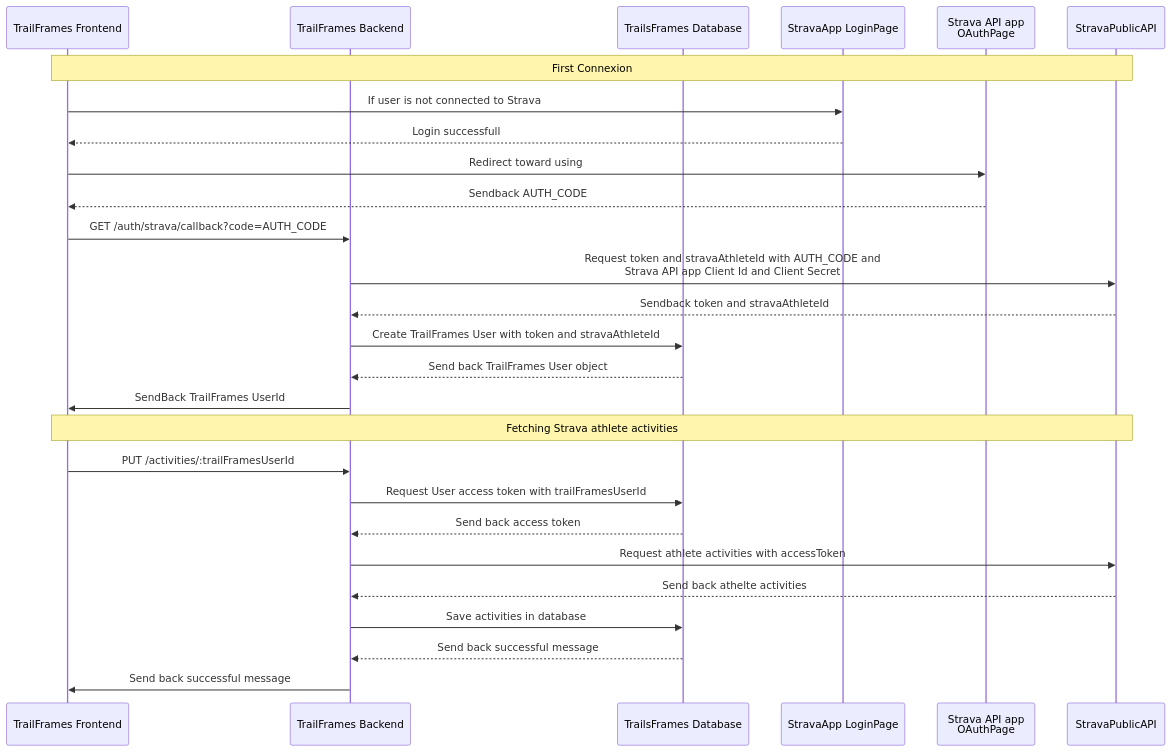
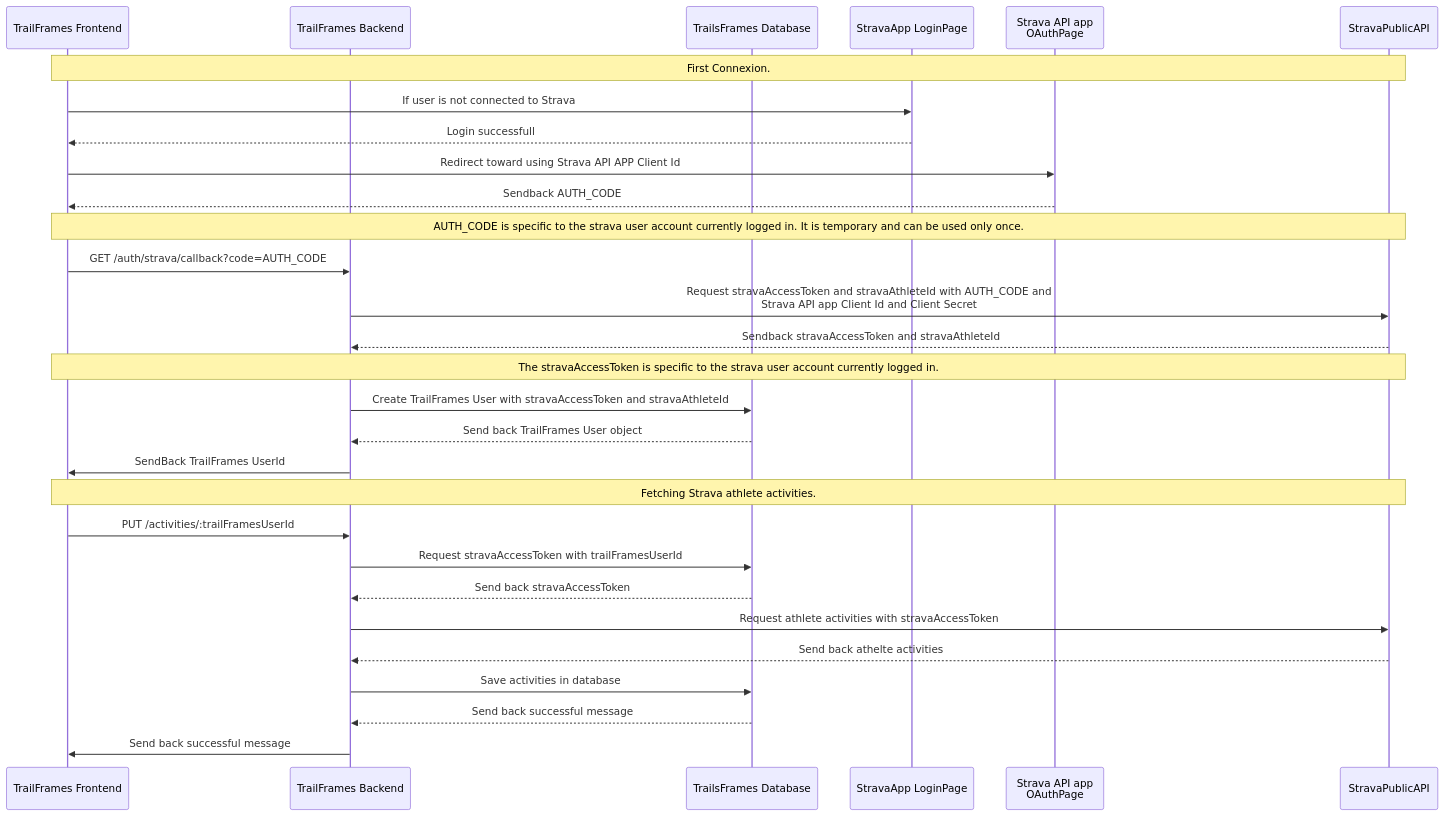
One commit to NicolasChambon/TrailFrames changed the diagram in docs/user-introduction-sequence-diagram.mermaid. Above: the diagram before and after it, drawn with Mermaid. The commit also changed 4 other files, not shown here.

Commit message:
implement refresh token use for strava oauth

````diff
--- a/docs/user-introduction-sequence-diagram.mermaid
+++ b/docs/user-introduction-sequence-diagram.mermaid
@@ -1,33 +1,39 @@
 ```mermaid
  sequenceDiagram
     participant TrailFramesFrontend as TrailFrames Frontend
     participant TrailFramesBackend as TrailFrames Backend
     participant TrailFramesDatabase as TrailsFrames Database
     participant StravaAppLoginPage as StravaApp LoginPage
     participant StravaAPIAppOAuthPage as Strava API app <br/> OAuthPage
     participant StravaPublicAPI
 
-    Note over TrailFramesFrontend, StravaPublicAPI: First Connexion
+    Note over TrailFramesFrontend, StravaPublicAPI: First Connexion.
 
     TrailFramesFrontend->>StravaAppLoginPage: If user is not connected to Strava
     StravaAppLoginPage-->>TrailFramesFrontend: Login successfull
-    TrailFramesFrontend->>StravaAPIAppOAuthPage: Redirect toward using
+    TrailFramesFrontend->>StravaAPIAppOAuthPage: Redirect toward using Strava API APP Client Id
     StravaAPIAppOAuthPage-->>TrailFramesFrontend: Sendback AUTH_CODE
+
+    Note over TrailFramesFrontend, StravaPublicAPI: AUTH_CODE is specific to the strava user account currently logged in. It is temporary and can be used only once.
+
     TrailFramesFrontend->>TrailFramesBackend: GET /auth/strava/callback?code=AUTH_CODE
-    TrailFramesBackend->>StravaPublicAPI: Request token and stravaAthleteId with AUTH_CODE and<br/>Strava API app Client Id and Client Secret
-    StravaPublicAPI-->>TrailFramesBackend: Sendback token and stravaAthleteId
-    TrailFramesBackend->>TrailFramesDatabase: Create TrailFrames User with token and stravaAthleteId
+    TrailFramesBackend->>StravaPublicAPI: Request stravaAccessToken and stravaAthleteId with AUTH_CODE and<br/>Strava API app Client Id and Client Secret
+    StravaPublicAPI-->>TrailFramesBackend: Sendback stravaAccessToken and stravaAthleteId
+
+    Note over TrailFramesFrontend, StravaPublicAPI: The stravaAccessToken is specific to the strava user account currently logged in.
+
+    TrailFramesBackend->>TrailFramesDatabase: Create TrailFrames User with stravaAccessToken and stravaAthleteId
     TrailFramesDatabase-->>TrailFramesBackend: Send back TrailFrames User object
     TrailFramesBackend->>TrailFramesFrontend: SendBack TrailFrames UserId
 
-   Note over TrailFramesFrontend, StravaPublicAPI: Fetching Strava athlete activities
+    Note over TrailFramesFrontend, StravaPublicAPI: Fetching Strava athlete activities.
 
-   TrailFramesFrontend->>TrailFramesBackend: PUT /activities/:trailFramesUserId
-   TrailFramesBackend->>TrailFramesDatabase: Request User access token with trailFramesUserId
-   TrailFramesDatabase-->>TrailFramesBackend: Send back access token
-   TrailFramesBackend->>StravaPublicAPI: Request athlete activities with accessToken
-   StravaPublicAPI-->>TrailFramesBackend: Send back athelte activities
-   TrailFramesBackend->>TrailFramesDatabase: Save activities in database
-   TrailFramesDatabase-->>TrailFramesBackend: Send back successful message
-   TrailFramesBackend->> TrailFramesFrontend: Send back successful message
+    TrailFramesFrontend->>TrailFramesBackend: PUT /activities/:trailFramesUserId
+    TrailFramesBackend->>TrailFramesDatabase: Request stravaAccessToken with trailFramesUserId
+    TrailFramesDatabase-->>TrailFramesBackend: Send back stravaAccessToken
+    TrailFramesBackend->>StravaPublicAPI: Request athlete activities with stravaAccessToken
+    StravaPublicAPI-->>TrailFramesBackend: Send back athelte activities
+    TrailFramesBackend->>TrailFramesDatabase: Save activities in database
+    TrailFramesDatabase-->>TrailFramesBackend: Send back successful message
+    TrailFramesBackend->>TrailFramesFrontend: Send back successful message
 ```
````
